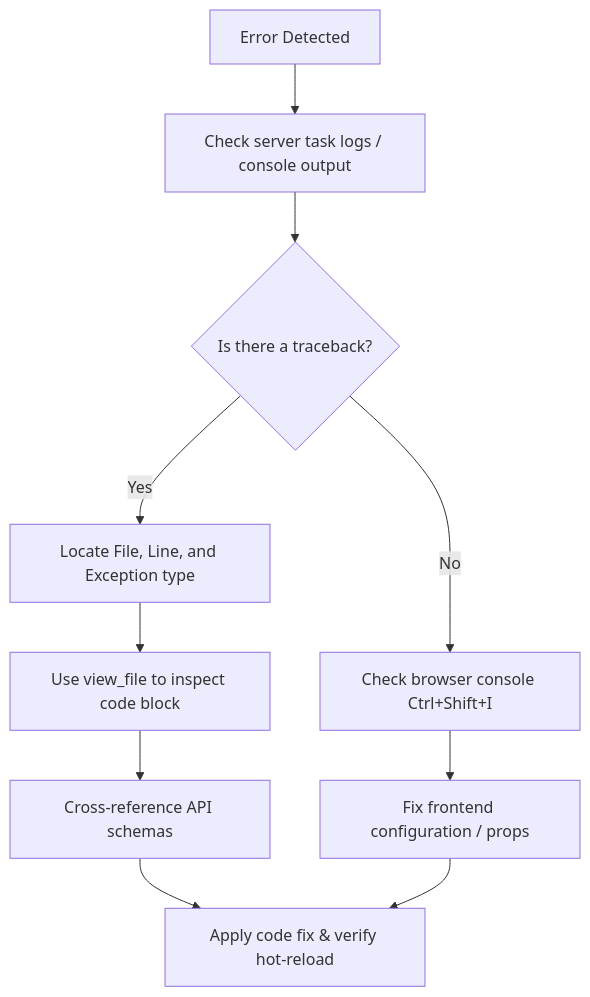
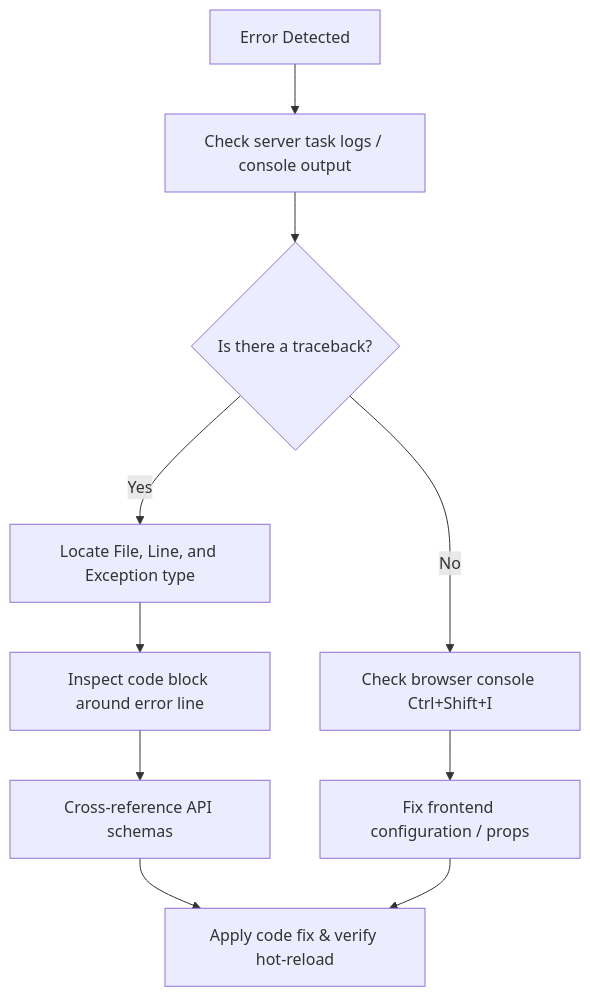
Before and after one commit to MIT-CAVE/cave_app: the diagram in docs/skills/debug/SKILL.md, drawn with Mermaid. The commit also changed other lines of this file and 12 other files, not shown here.

````diff
--- a/docs/skills/debug/SKILL.md
+++ b/docs/skills/debug/SKILL.md
@@ -64,12 +64,12 @@
 ```mermaid
 graph TD
     A[Error Detected] --> B[Check server task logs / console output]
     B --> C{Is there a traceback?}
     C -- Yes --> D[Locate File, Line, and Exception type]
     C -- No --> E[Check browser console Ctrl+Shift+I]
-    D --> F[Use view_file to inspect code block]
+    D --> F[Inspect code block around error line]
     F --> G[Cross-reference API schemas]
     G --> H[Apply code fix & verify hot-reload]
     E --> I[Fix frontend configuration / props]
     I --> H
 ```
````
